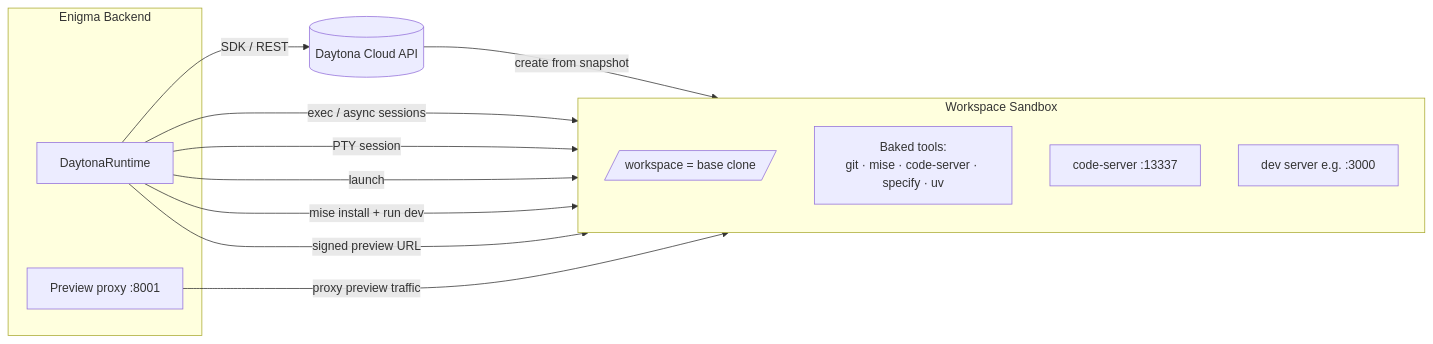
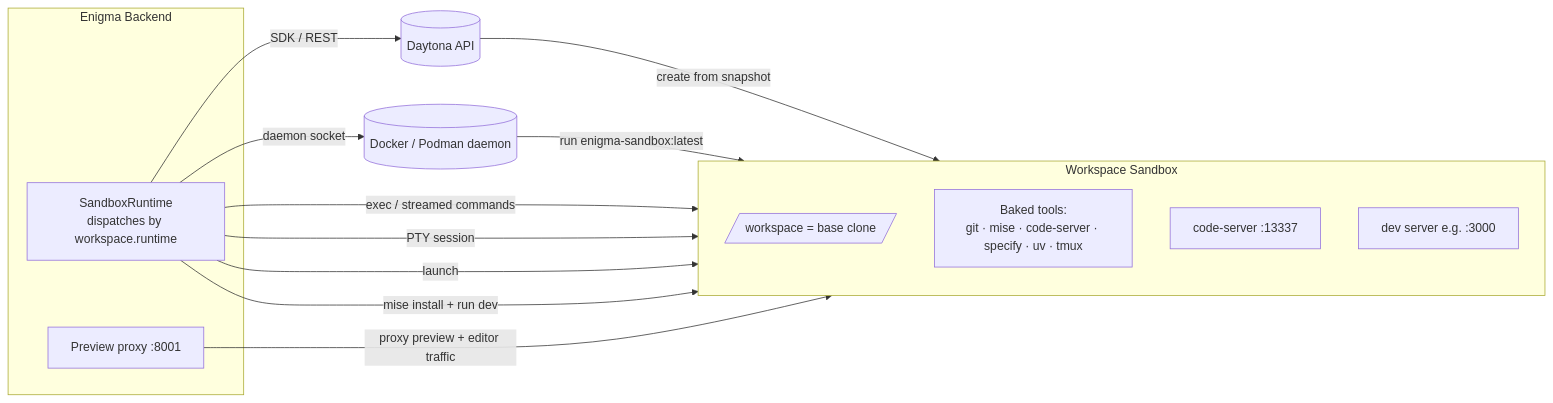
The second of 5 diagrams in README.md (ranggaaprilio/enigma), drawn with Mermaid before and after one commit. The commit also changed other lines of this file and 11 other files, not shown here.

First line of the commit message:
docs: document Docker runtime in README and add open-source project files (AGPL-3.0)

````diff
--- a/README.md
+++ b/README.md
@@ -112,25 +140,26 @@
 ```mermaid
 flowchart LR
     subgraph Backend[Enigma Backend]
-        RT[DaytonaRuntime]
+        RT[SandboxRuntime<br/>dispatches by workspace.runtime]
         PX[Preview proxy :8001]
     end
 
-    RT -->|SDK / REST| DAY[(Daytona Cloud API)]
+    RT -->|SDK / REST| DAY[(Daytona API)]
+    RT -->|daemon socket| DOCK[(Docker / Podman daemon)]
     DAY -->|create from snapshot| SB
+    DOCK -->|run enigma-sandbox:latest| SB
 
     subgraph SB[Workspace Sandbox]
         direction TB
         WS[/workspace = base clone/]
-        TL[Baked tools:<br/>git · mise · code-server · specify · uv]
+        TL[Baked tools:<br/>git · mise · code-server · specify · uv · tmux]
         CS[code-server :13337]
         DEV[dev server e.g. :3000]
     end
 
-    RT -->|exec / async sessions| WS
+    RT -->|exec / streamed commands| WS
     RT -->|PTY session| WS
     RT -->|launch| CS
     RT -->|mise install + run dev| DEV
-    RT -->|signed preview URL| DEV
-    PX -->|proxy preview traffic| DEV
+    PX -->|proxy preview + editor traffic| DEV
 ```
````
